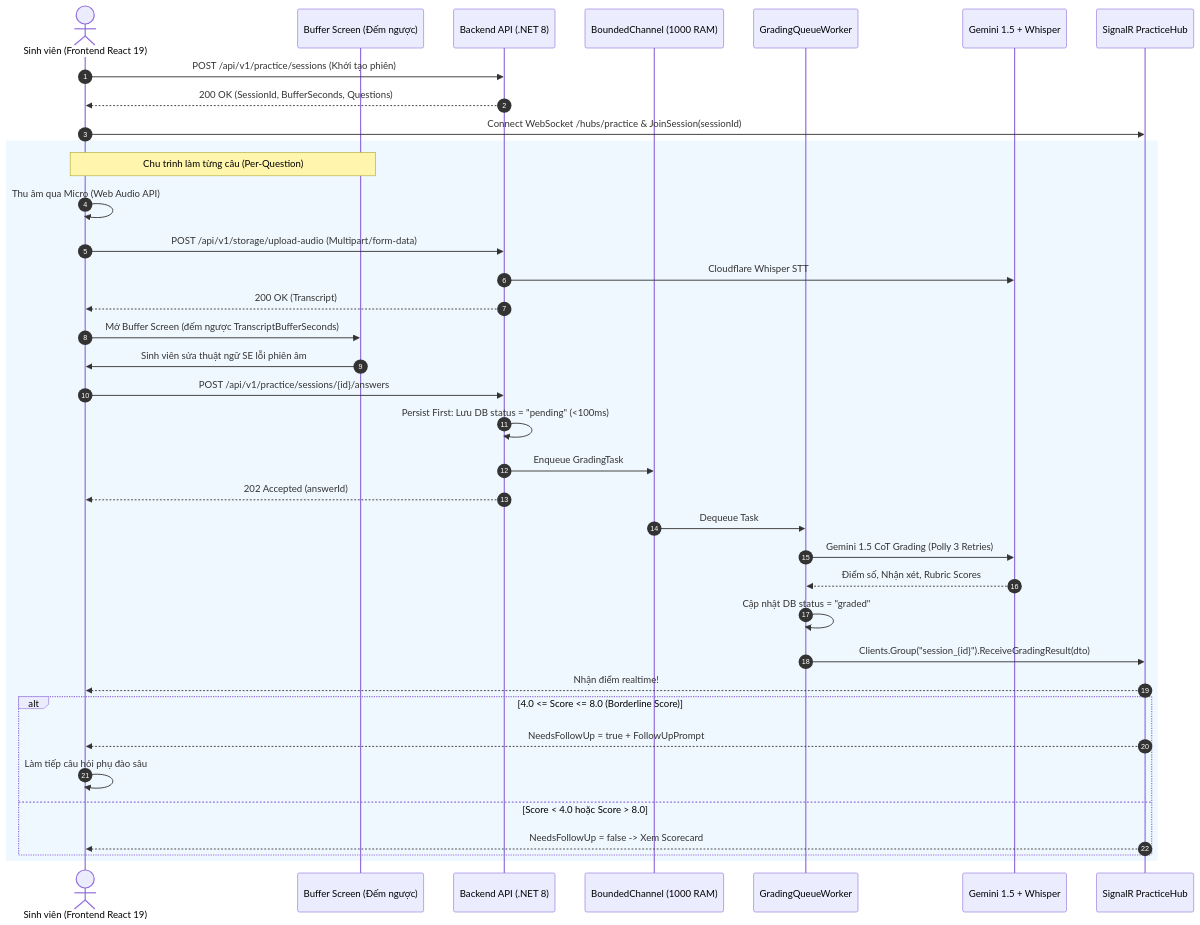
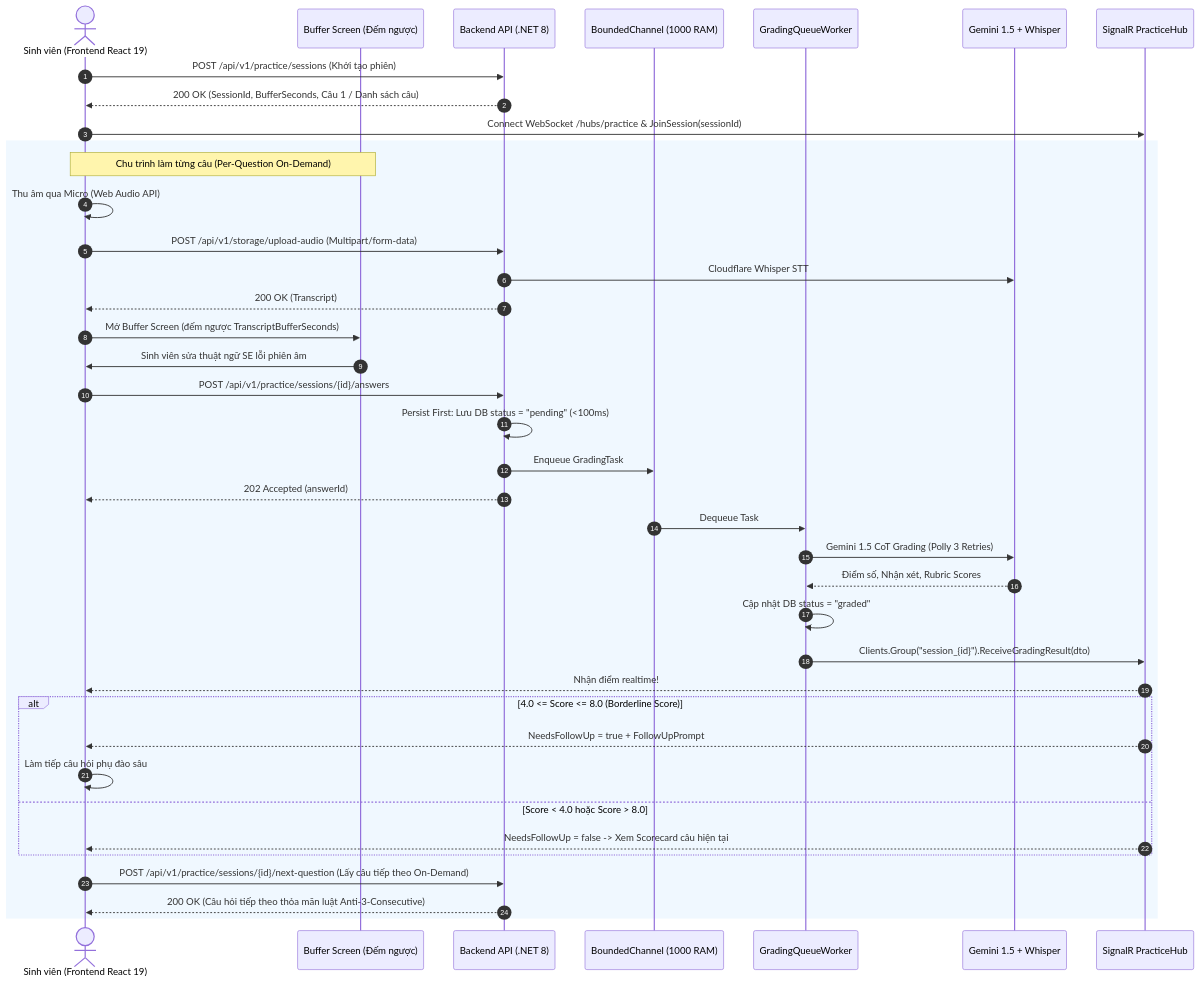
One commit to An-LLM-based-Oral-Examination/oral-exam-system changed the diagram in docs/MF01_Frontend_Integration.md. Above: the diagram before and after it, drawn with Mermaid. The commit also changed other lines of this file and 32 other files, not shown here.

First line of the commit message:
feat(practice): update per-question and full-session modes with inactivity timeout

````diff
--- a/docs/MF01_Frontend_Integration.md
+++ b/docs/MF01_Frontend_Integration.md
@@ -39,41 +42,43 @@
 ```mermaid
 sequenceDiagram
     autonumber
     actor Student as Sinh viên (Frontend React 19)
     participant Buffer as Buffer Screen (Đếm ngược)
     participant API as Backend API (.NET 8)
     participant Queue as BoundedChannel (1000 RAM)
     participant Worker as GradingQueueWorker
     participant AI as Gemini 1.5 + Whisper
     participant Hub as SignalR PracticeHub
 
     Student->>API: POST /api/v1/practice/sessions (Khởi tạo phiên)
-    API-->>Student: 200 OK (SessionId, BufferSeconds, Questions)
+    API-->>Student: 200 OK (SessionId, BufferSeconds, Câu 1 / Danh sách câu)
     Student->>Hub: Connect WebSocket /hubs/practice & JoinSession(sessionId)
     
     rect rgb(240, 248, 255)
-    note over Student, Buffer: Chu trình làm từng câu (Per-Question)
+    note over Student, Buffer: Chu trình làm từng câu (Per-Question On-Demand)
     Student->>Student: Thu âm qua Micro (Web Audio API)
     Student->>API: POST /api/v1/storage/upload-audio (Multipart/form-data)
     API->>AI: Cloudflare Whisper STT
     API-->>Student: 200 OK (Transcript)
     Student->>Buffer: Mở Buffer Screen (đếm ngược TranscriptBufferSeconds)
     Buffer->>Student: Sinh viên sửa thuật ngữ SE lỗi phiên âm
     Student->>API: POST /api/v1/practice/sessions/{id}/answers
     API->>API: Persist First: Lưu DB status = "pending" (<100ms)
     API->>Queue: Enqueue GradingTask
     API-->>Student: 202 Accepted (answerId)
     Queue->>Worker: Dequeue Task
     Worker->>AI: Gemini 1.5 CoT Grading (Polly 3 Retries)
     AI-->>Worker: Điểm số, Nhận xét, Rubric Scores
     Worker->>Worker: Cập nhật DB status = "graded"
     Worker->>Hub: Clients.Group("session_{id}").ReceiveGradingResult(dto)
     Hub-->>Student: Nhận điểm realtime!
     alt 4.0 <= Score <= 8.0 (Borderline Score)
         Hub-->>Student: NeedsFollowUp = true + FollowUpPrompt
         Student->>Student: Làm tiếp câu hỏi phụ đào sâu
     else Score < 4.0 hoặc Score > 8.0
-        Hub-->>Student: NeedsFollowUp = false -> Xem Scorecard
+        Hub-->>Student: NeedsFollowUp = false -> Xem Scorecard câu hiện tại
     end
+    Student->>API: POST /api/v1/practice/sessions/{id}/next-question (Lấy câu tiếp theo On-Demand)
+    API-->>Student: 200 OK (Câu hỏi tiếp theo thỏa mãn luật Anti-3-Consecutive)
     end
 ```
````
